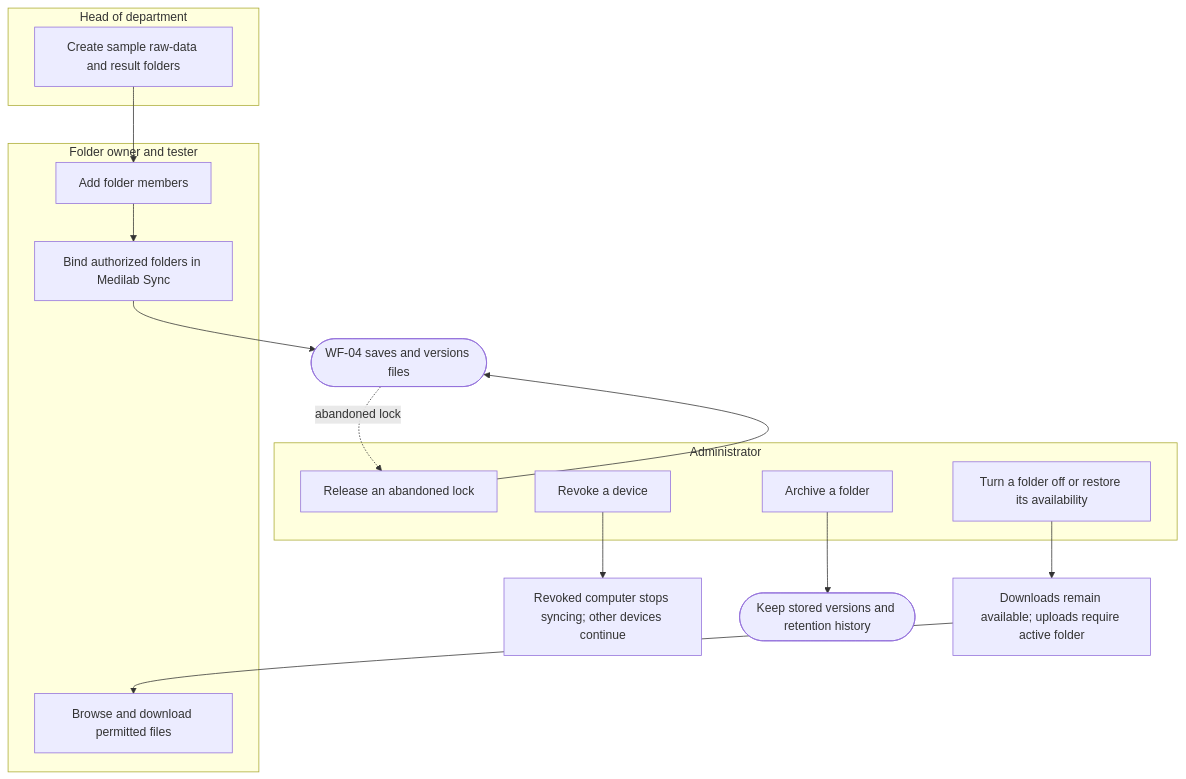
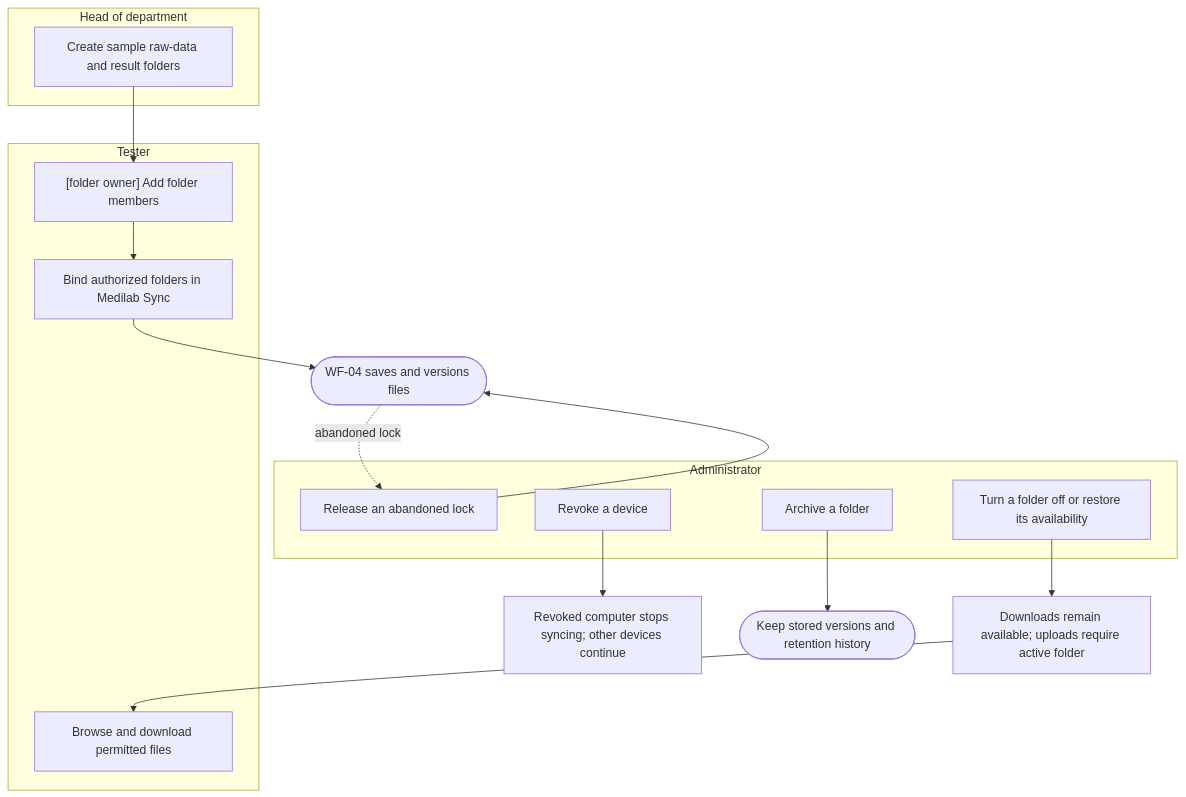
One commit to SoltuneMontepre/medilab changed diagram 17 of 17 in docs/functional/business-flows.md. Above: the diagram before and after it, drawn with Mermaid. The commit also changed other lines of this file and 2 other files, not shown here.

First line of the commit message:
[docs] Draw the lanes of the business flows as the people who act

````diff
--- a/docs/functional/business-flows.md
+++ b/docs/functional/business-flows.md
@@ -759,23 +762,23 @@
 ```mermaid
 flowchart TD
     subgraph lane70 ["Head of department"]
         h1[Create sample raw-data and result folders]
     end
-    subgraph lane71 ["Folder owner and tester"]
-        t1[Add folder members] --> t2[Bind authorized folders in Medilab Sync]
+    subgraph lane71 ["Tester"]
+        t1["[folder owner] Add folder members"] --> t2[Bind authorized folders in Medilab Sync]
         t3[Browse and download permitted files]
     end
     subgraph lane72 ["Administrator"]
         a1[Release an abandoned lock]
         a2[Revoke a device]
         a3[Turn a folder off or restore its availability]
         a4[Archive a folder]
     end
     h1 --> t1
     t2 --> work([WF-04 saves and versions files])
     work -.->|abandoned lock| a1 --> work
     a2 --> revoked[Revoked computer stops syncing; other devices continue]
     a3 --> downloads[Downloads remain available; uploads require active folder]
     downloads --> t3
     a4 --> retained([Keep stored versions and retention history])
 ```
````
